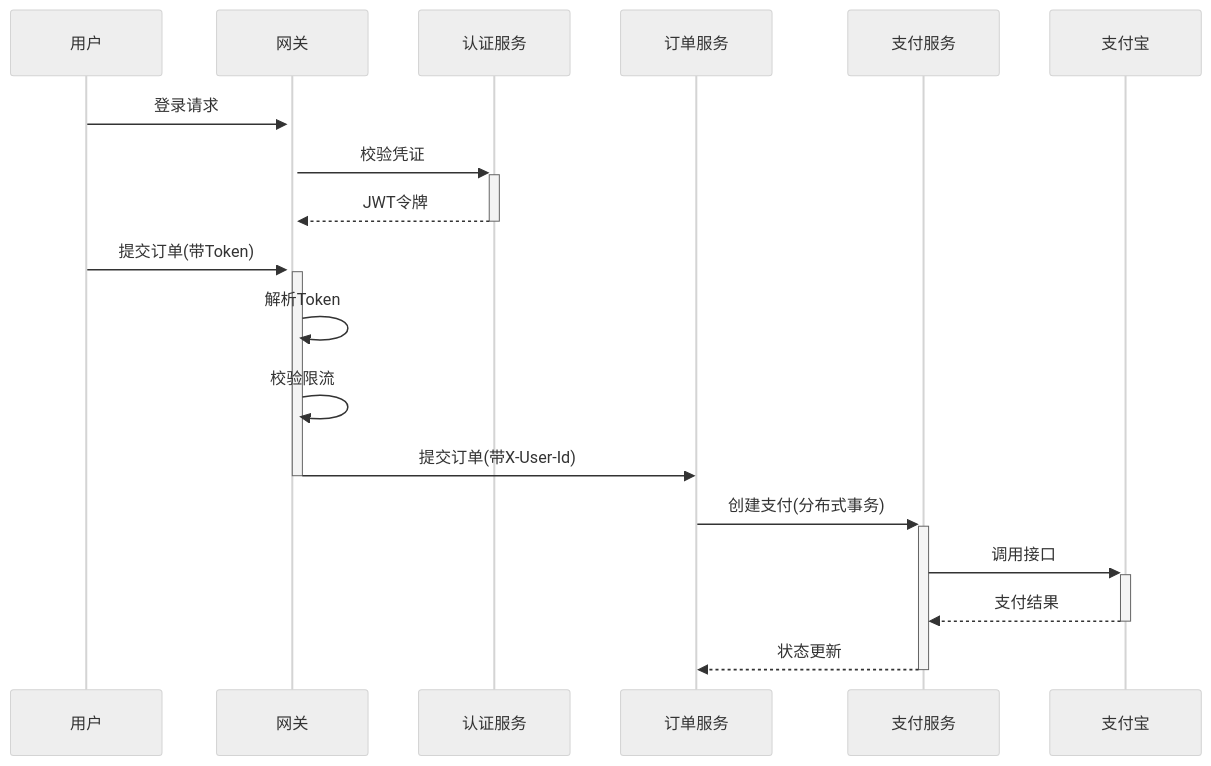
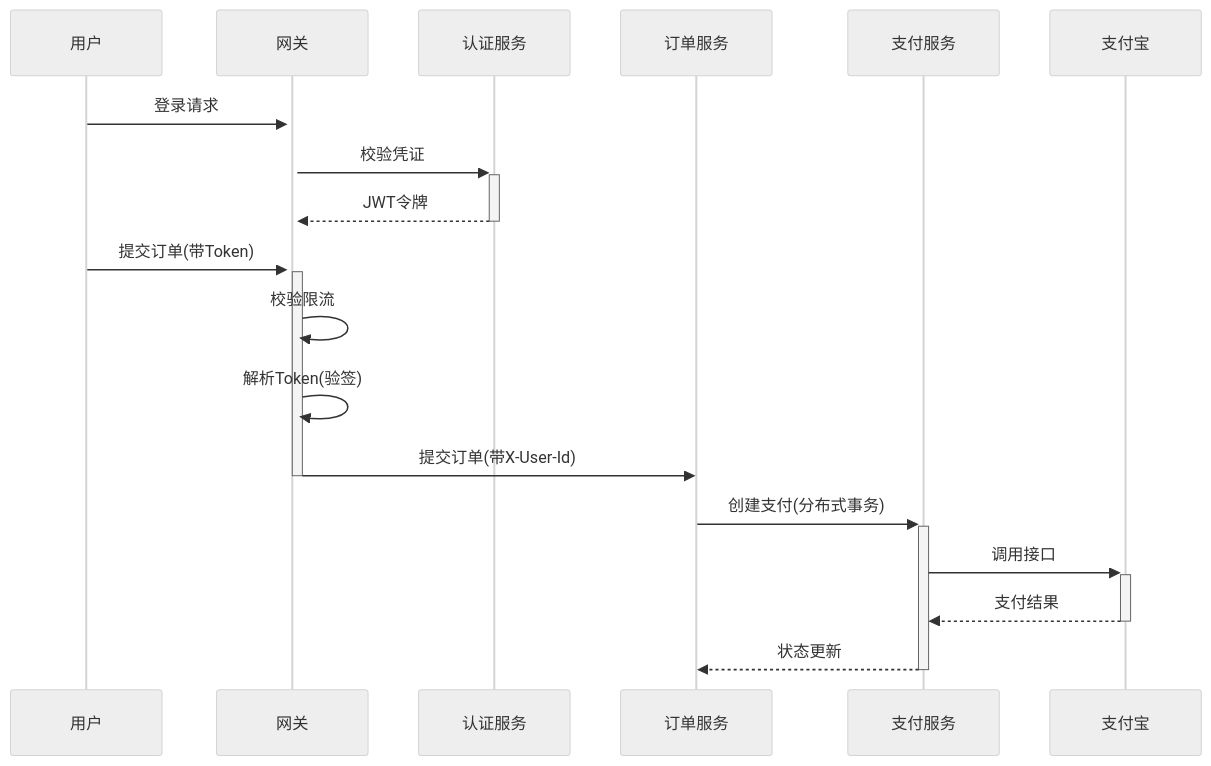
The second of 3 diagrams in README.md (notpointTT/home-cuisine), drawn with Mermaid (neutral theme) before and after one commit. The commit also changed other lines of this file, not shown here.

````diff
--- a/README.md
+++ b/README.md
@@ -68,14 +67,14 @@
 ```mermaid
 sequenceDiagram
     用户->>+网关: 登录请求
     网关->>+认证服务: 校验凭证
     认证服务-->>-网关: JWT令牌
     用户->>+网关: 提交订单(带Token)
-    网关->>网关: 解析Token
     网关->>网关: 校验限流
+    网关->>网关: 解析Token(验签)
     网关->>-订单服务: 提交订单(带X-User-Id)
     订单服务->>+支付服务: 创建支付(分布式事务)
     支付服务->>+支付宝: 调用接口
     支付宝-->>-支付服务: 支付结果
     支付服务-->>-订单服务: 状态更新
 ```
````
